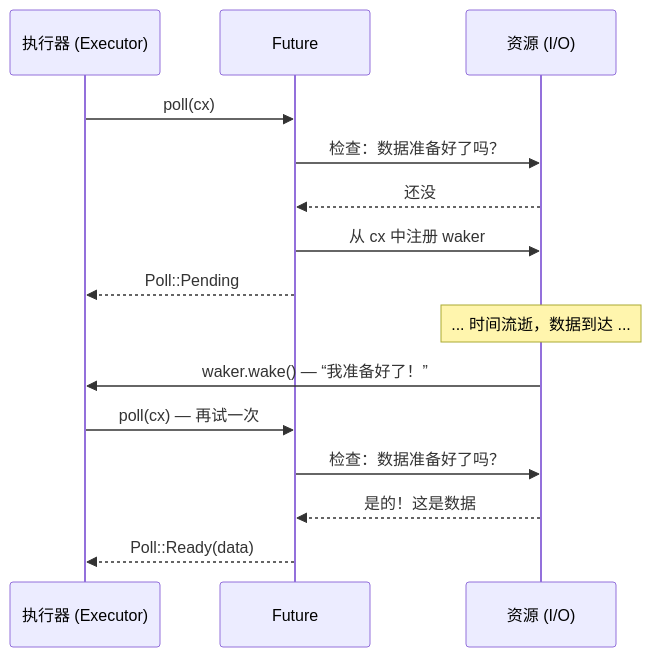
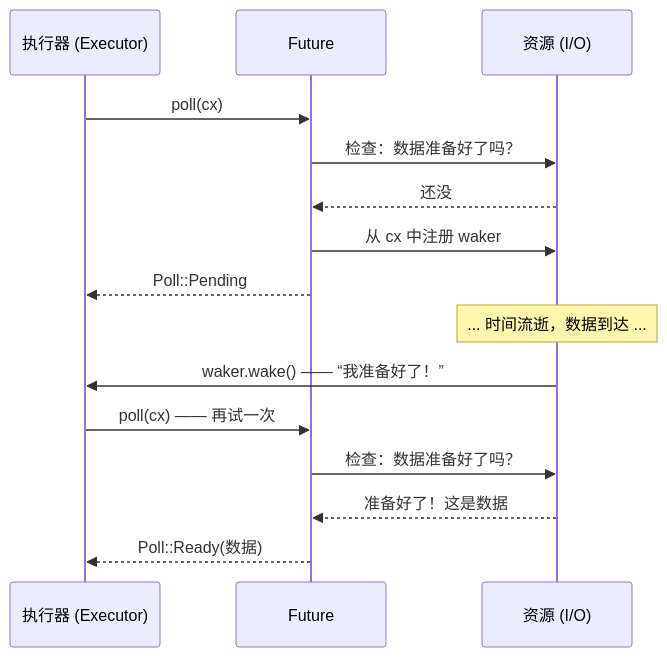
One commit to veegn/rust-training-zh changed the diagram in async-book/src/zh/ch02-the-future-trait.md. Above: the diagram before and after it, drawn with Mermaid. The commit also changed other lines of this file and 354 other files, not shown here.

````diff
--- a/async-book/src/zh/ch02-the-future-trait.md
+++ b/async-book/src/zh/ch02-the-future-trait.md
@@ -32,20 +32,20 @@
 ```mermaid
 sequenceDiagram
     participant E as 执行器 (Executor)
     participant F as Future
     participant R as 资源 (I/O)
 
     E->>F: poll(cx)
     F->>R: 检查：数据准备好了吗？
     R-->>F: 还没
     F->>R: 从 cx 中注册 waker
     F-->>E: Poll::Pending
 
     Note over R: ... 时间流逝，数据到达 ...
 
-    R->>E: waker.wake() — “我准备好了！”
-    E->>F: poll(cx) — 再试一次
+    R->>E: waker.wake() —— “我准备好了！”
+    E->>F: poll(cx) —— 再试一次
     F->>R: 检查：数据准备好了吗？
-    R-->>F: 是的！这是数据
-    F-->>E: Poll::Ready(data)
+    R-->>F: 准备好了！这是数据
+    F-->>E: Poll::Ready(数据)
 ```
````
